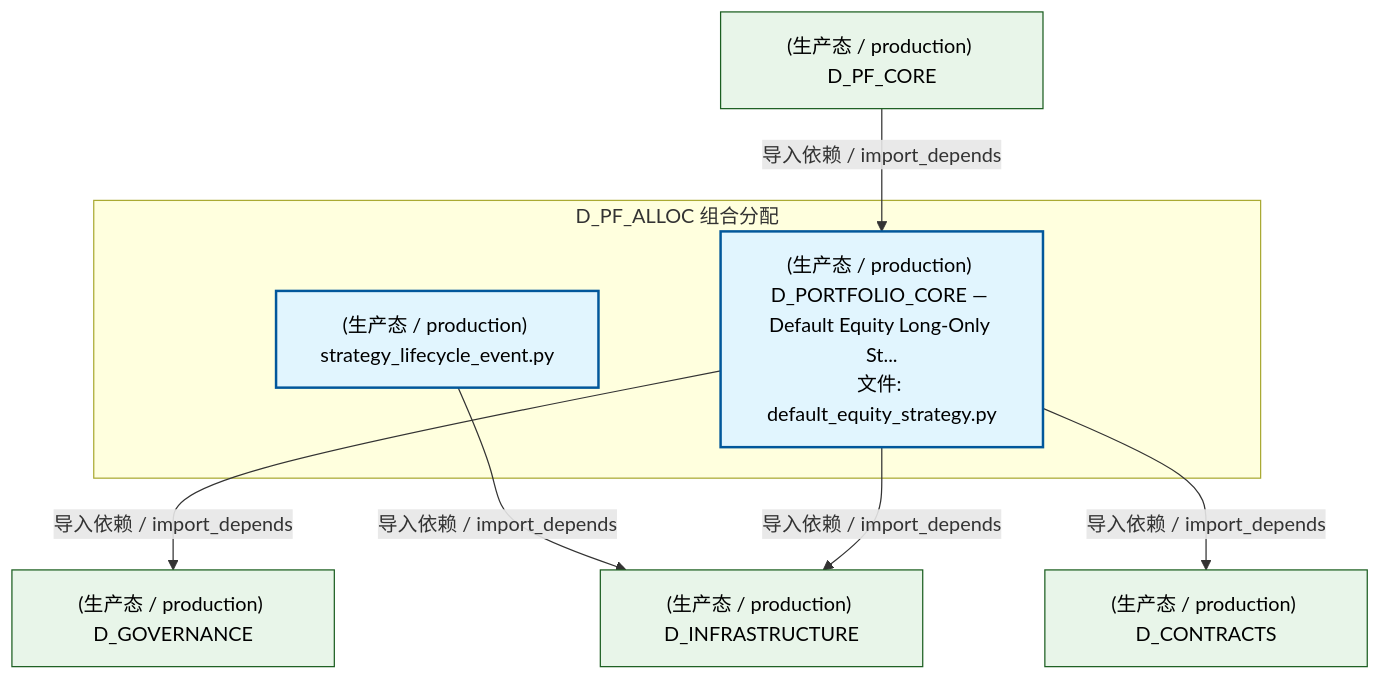
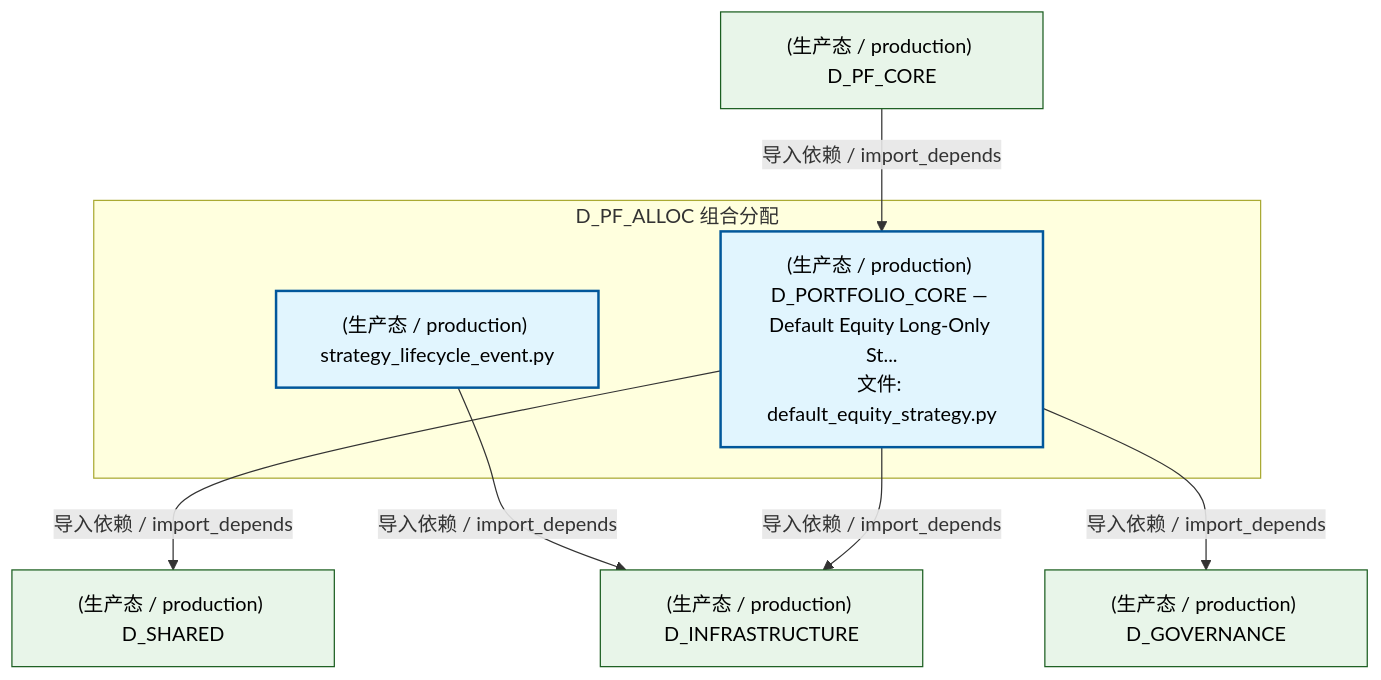
The first of 3 diagrams in docs/02_enterprise_architecture/02_domain_architecture_docs/62_d_pf_alloc.md (xuanFelixVan/ZephyrAlpha), drawn with Mermaid before and after one commit. The commit also changed other lines of this file and 79 other files, not shown here.

````diff
--- a/docs/02_enterprise_architecture/02_domain_architecture_docs/62_d_pf_alloc.md
+++ b/docs/02_enterprise_architecture/02_domain_architecture_docs/62_d_pf_alloc.md
@@ -67,22 +67,22 @@
 ```mermaid
 graph TD
     subgraph D_PF_ALLOC["D_PF_ALLOC 组合分配"]
         src_zephyr_pf_alloc_strategy_lifecycle_event_py["(生产态 / production) strategy_lifecycle_event.py"]
         src_zephyr_pf_core_default_equity_strategy_py["(生产态 / production) D_PORTFOLIO_CORE — Default Equity Long-Only St...<br/>文件: default_equity_strategy.py"]
     end
     D_INFRASTRUCTURE["(生产态 / production) D_INFRASTRUCTURE"]
     src_zephyr_pf_alloc_strategy_lifecycle_event_py -->|导入依赖 / import_depends| D_INFRASTRUCTURE
+    D_SHARED["(生产态 / production) D_SHARED"]
+    src_zephyr_pf_core_default_equity_strategy_py -->|导入依赖 / import_depends| D_SHARED
+    src_zephyr_pf_core_default_equity_strategy_py -->|导入依赖 / import_depends| D_INFRASTRUCTURE
     D_GOVERNANCE["(生产态 / production) D_GOVERNANCE"]
     src_zephyr_pf_core_default_equity_strategy_py -->|导入依赖 / import_depends| D_GOVERNANCE
-    src_zephyr_pf_core_default_equity_strategy_py -->|导入依赖 / import_depends| D_INFRASTRUCTURE
-    D_CONTRACTS["(生产态 / production) D_CONTRACTS"]
-    src_zephyr_pf_core_default_equity_strategy_py -->|导入依赖 / import_depends| D_CONTRACTS
     D_PF_CORE["(生产态 / production) D_PF_CORE"]
     D_PF_CORE -->|导入依赖 / import_depends| src_zephyr_pf_core_default_equity_strategy_py
     classDef production fill:#e1f5fe,stroke:#01579b,stroke-width:2px,color:#000
     classDef design fill:#fff3e0,stroke:#e65100,stroke-width:2px,color:#000,stroke-dasharray: 5 5
     classDef external_prod fill:#e8f5e9,stroke:#1b5e20,stroke-width:1px,color:#000
     classDef external_design fill:#fce4ec,stroke:#880e4f,stroke-width:1px,color:#000,stroke-dasharray: 5 5
     class src_zephyr_pf_alloc_strategy_lifecycle_event_py,src_zephyr_pf_core_default_equity_strategy_py production
-    class D_INFRASTRUCTURE,D_GOVERNANCE,D_CONTRACTS,D_PF_CORE external_prod
+    class D_INFRASTRUCTURE,D_SHARED,D_GOVERNANCE,D_PF_CORE external_prod
 ```
````
